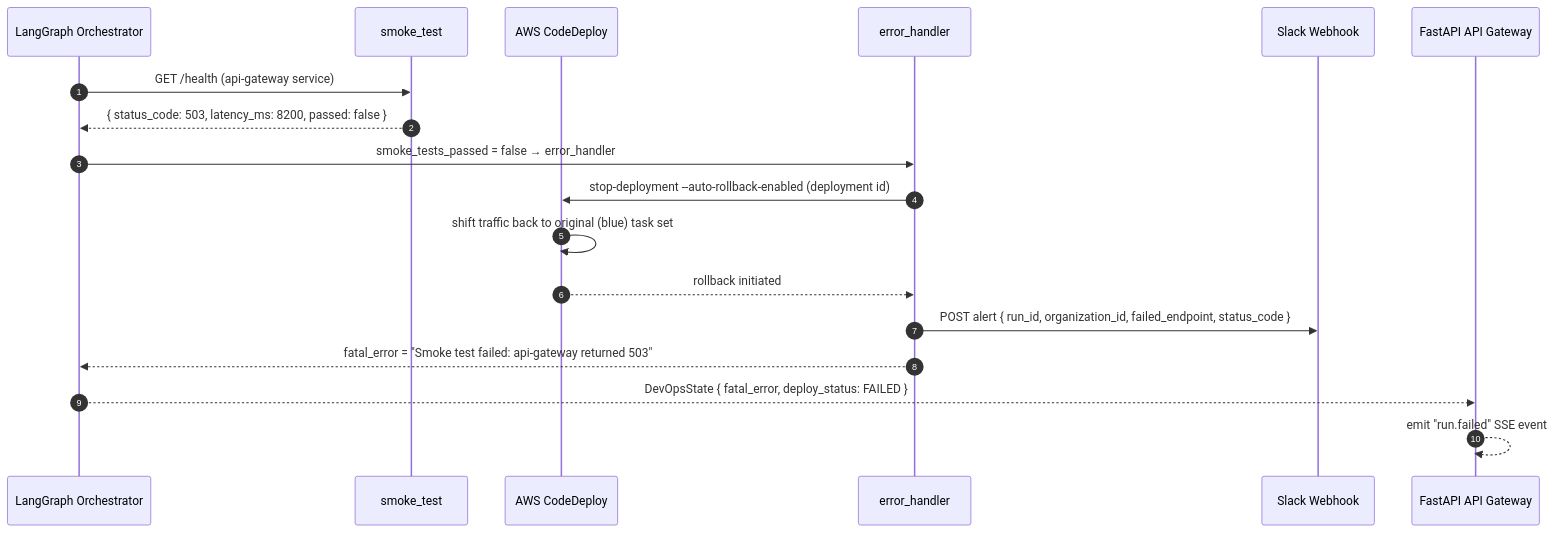
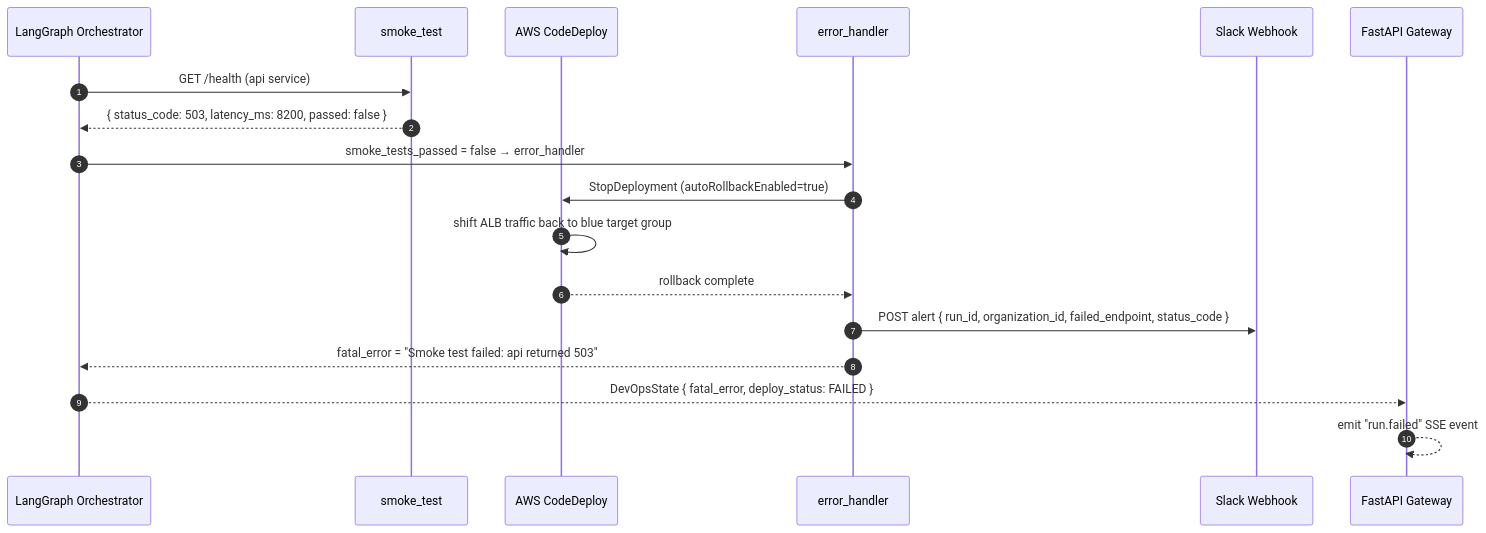
The third of 5 diagrams in docs/architecture/Agents-Architecture/devops-agent.md (kaushraj1/AutoFounder), drawn with Mermaid before and after one commit. The commit also changed other lines of this file and 4 other files, not shown here.

Commit message:
Architect+DevOps LLD sync (ECS Fargate, Supabase, SQLAlchemy, FastAPI); rename tenant_id -> organization_id; add Pillar5 plan/dummy-input and learning-log

````diff
--- a/docs/architecture/Agents-Architecture/devops-agent.md
+++ b/docs/architecture/Agents-Architecture/devops-agent.md
@@ -1622,24 +1780,24 @@
 ```mermaid
 sequenceDiagram
     autonumber
     participant Graph as LangGraph Orchestrator
     participant Smoke as smoke_test
     participant CD    as AWS CodeDeploy
     participant EH    as error_handler
     participant Slack as Slack Webhook
-    participant API   as FastAPI API Gateway
+    participant API   as FastAPI Gateway
 
-    Graph ->> Smoke: GET /health (api-gateway service)
+    Graph ->> Smoke: GET /health (api service)
     Smoke -->> Graph: { status_code: 503, latency_ms: 8200, passed: false }
 
     Graph ->> EH: smoke_tests_passed = false → error_handler
-    EH ->> CD: stop-deployment --auto-rollback-enabled (deployment id)
-    CD ->> CD: shift traffic back to original (blue) task set
-    CD -->> EH: rollback initiated
+    EH ->> CD: StopDeployment (autoRollbackEnabled=true)
+    CD ->> CD: shift ALB traffic back to blue target group
+    CD -->> EH: rollback complete
 
     EH ->> Slack: POST alert { run_id, organization_id, failed_endpoint, status_code }
-    EH -->> Graph: fatal_error = "Smoke test failed: api-gateway returned 503"
+    EH -->> Graph: fatal_error = "Smoke test failed: api returned 503"
 
     Graph -->> API: DevOpsState { fatal_error, deploy_status: FAILED }
     API -->> API: emit "run.failed" SSE event
 ```
````
